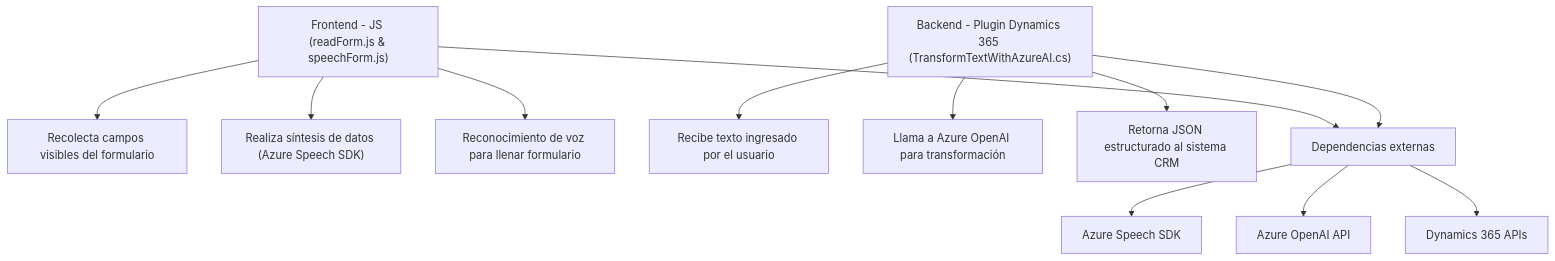
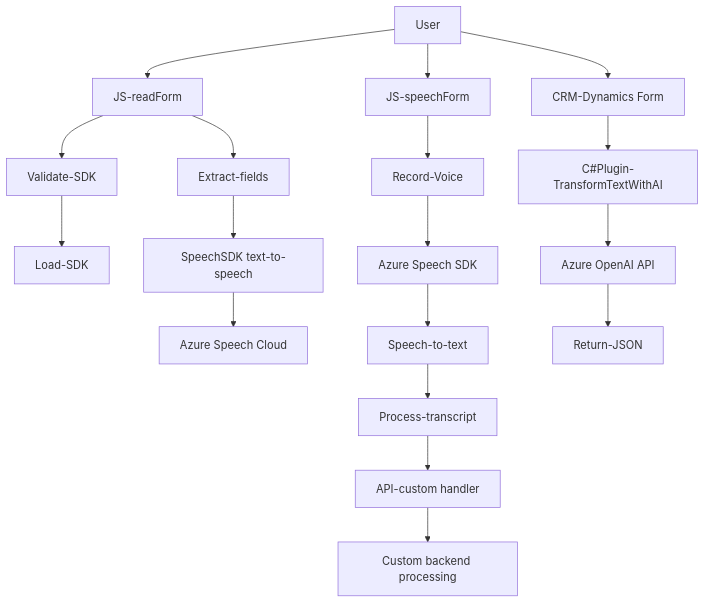
The diagram in README.md (blopezdm/NETCORE_BILBAO2025), drawn with Mermaid before and after one commit. The commit also changed other lines of this file, not shown here.

````diff
--- a/README.md
+++ b/README.md
@@ -34,29 +50,22 @@
 ```mermaid
 graph TD
-    A["Frontend - JS (readForm.js & speechForm.js)"]
-    A1["Recolecta campos visibles del formulario"]
-    A2["Realiza síntesis de datos (Azure Speech SDK)"]
-    A3["Reconocimiento de voz para llenar formulario"]
-    A --> A1
-    A --> A2
-    A --> A3
+    A[User] --> B[JS-readForm]
+    B --> C["Extract-fields"]
+    B --> D["Validate-SDK"]
+    D --> E["Load-SDK"]
+    C --> F["SpeechSDK text-to-speech"]
+    F --> G["Azure Speech Cloud"]
 
-    B["Backend - Plugin Dynamics 365 (TransformTextWithAzureAI.cs)"]
-    B1["Recibe texto ingresado por el usuario"]
-    B2["Llama a Azure OpenAI para transformación"]
-    B3["Retorna JSON estructurado al sistema CRM"]
-    B --> B1
-    B --> B2
-    B --> B3
+    A --> H[JS-speechForm]
+    H --> I["Record-Voice"]
+    I --> J["Azure Speech SDK"]
+    J --> K["Speech-to-text"]
+    K --> L["Process-transcript"]
+    L --> M["API-custom handler"]
+    M --> N["Custom backend processing"]
 
-    C["Dependencias externas"]
-    C1["Azure Speech SDK"]
-    C2["Azure OpenAI API"]
-    C3["Dynamics 365 APIs"]
-    C --> C1
-    C --> C2
-    C --> C3
-
-    A --> C
-    B --> C
+    A --> O[CRM-Dynamics Form]
+    O --> P[C#Plugin-TransformTextWithAI]
+    P --> Q["Azure OpenAI API"]
+    Q --> R["Return-JSON"]
 ```
````
